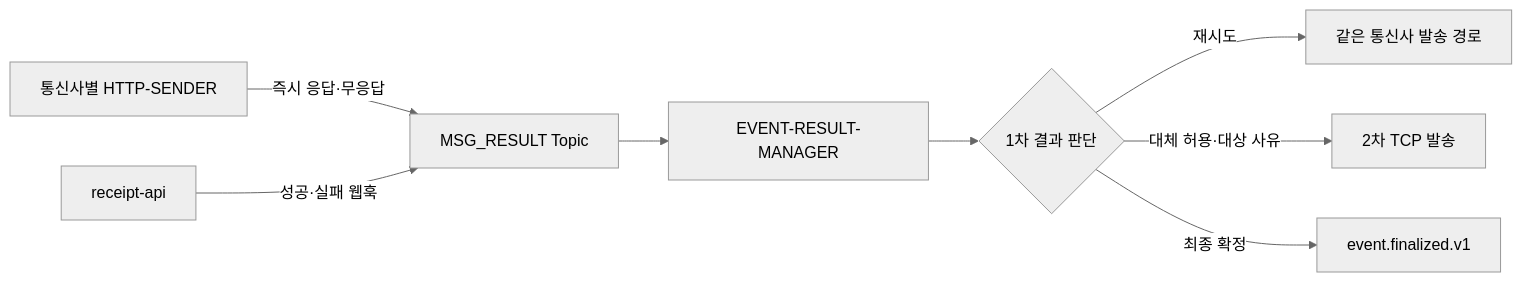
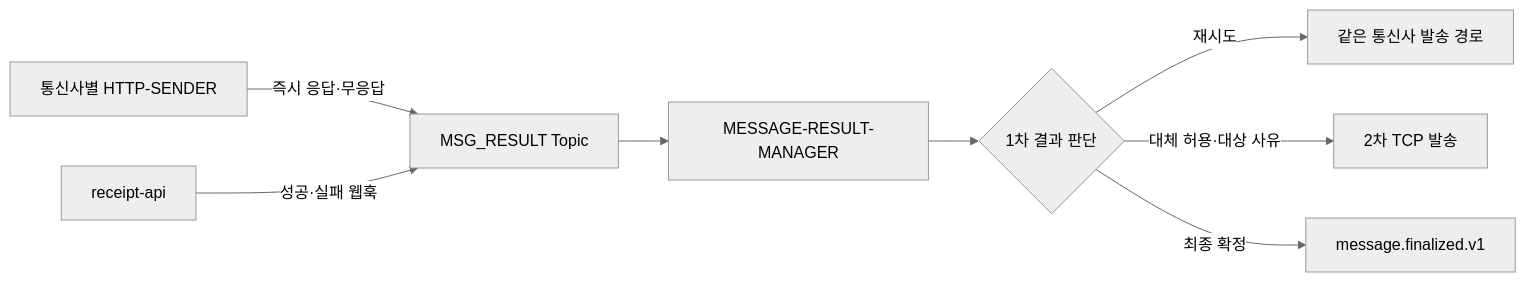
One commit to hyun-seung/High-throughput-event-platform changed the second of 6 diagrams in docs/04-요청-접수부터-최종-결과까지의-전체-흐름.md. Above: the diagram before and after it, drawn with Mermaid (neutral theme). The commit also changed other lines of this file and 16 other files, not shown here.

````diff
--- a/docs/04-요청-접수부터-최종-결과까지의-전체-흐름.md
+++ b/docs/04-요청-접수부터-최종-결과까지의-전체-흐름.md
@@ -46,10 +46,10 @@
 ```mermaid
 flowchart LR
     S[통신사별 HTTP-SENDER] -->|즉시 응답·무응답| R[MSG_RESULT Topic]
     W[receipt-api] -->|성공·실패 웹훅| R
-    R --> M[EVENT-RESULT-MANAGER]
+    R --> M[MESSAGE-RESULT-MANAGER]
     M --> A{1차 결과 판단}
     A -->|재시도| H[같은 통신사 발송 경로]
     A -->|대체 허용·대상 사유| T[2차 TCP 발송]
-    A -->|최종 확정| F[event.finalized.v1]
+    A -->|최종 확정| F[message.finalized.v1]
 ```
````
